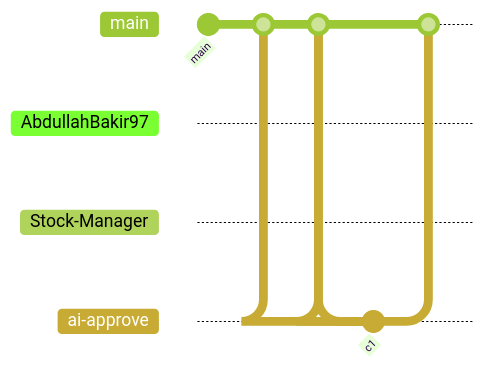
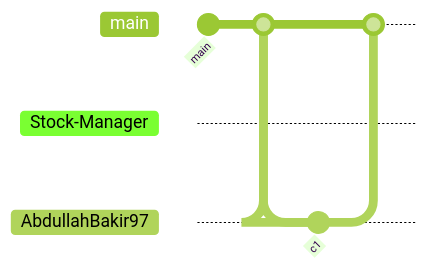
Before and after one commit to AbdullahBakir97/AbdullahBakir97: the diagram in README.md, drawn with Mermaid (forest theme). The commit also changed other lines of this file and 6 other files, not shown here.

````diff
--- a/README.md
+++ b/README.md
@@ -336,19 +336,14 @@
 ```mermaid
 gitGraph
    commit id: "main"
+   branch Stock-Manager
+   checkout Stock-Manager
+   commit id: "c1"
+   checkout main
+   merge Stock-Manager
    branch AbdullahBakir97
    checkout AbdullahBakir97
    commit id: "c1"
    checkout main
    merge AbdullahBakir97
-   branch Stock-Manager
-   checkout Stock-Manager
-   commit id: "c1"
-   checkout main
-   merge Stock-Manager
-   branch ai-approve
-   checkout ai-approve
-   commit id: "c1"
-   checkout main
-   merge ai-approve
 ```
````
